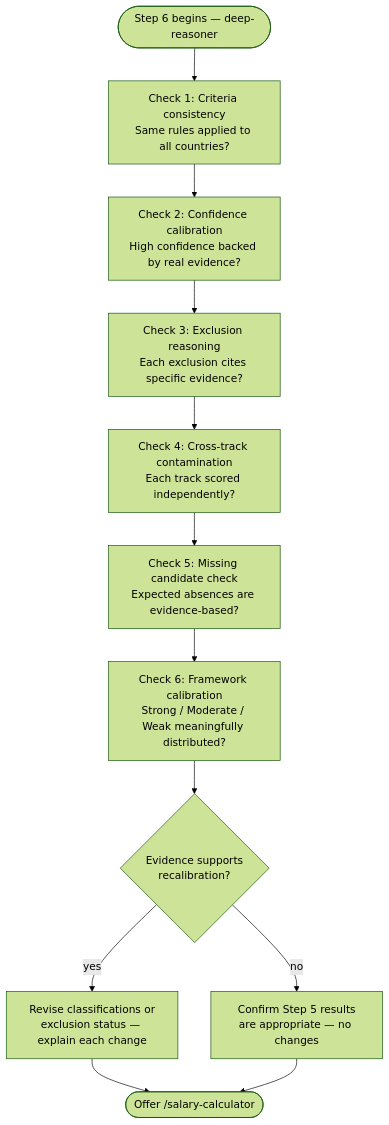
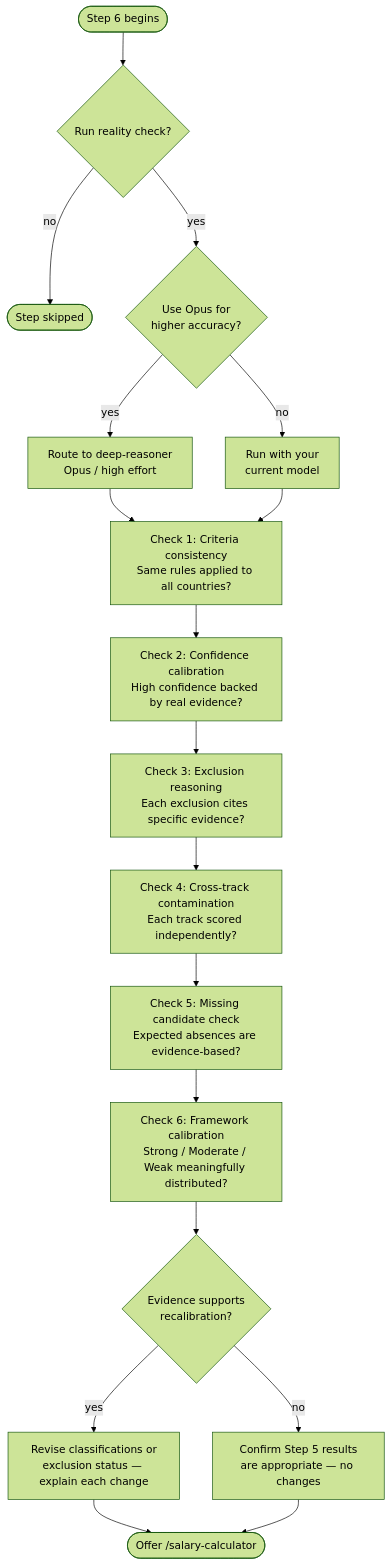
The diagram in docs/commands/country-finder/step6-reality-check.md (myowinthein/agent-compass), drawn with Mermaid (forest theme) before and after one commit. The commit also changed other lines of this file and 7 other files, not shown here.

````diff
--- a/docs/commands/country-finder/step6-reality-check.md
+++ b/docs/commands/country-finder/step6-reality-check.md
@@ -14,14 +14,20 @@
 ```mermaid
 flowchart TD
-  Start([Step 6 begins — deep-reasoner]) --> C1[Check 1: Criteria consistency\nSame rules applied to all countries?]
+  Start([Step 6 begins]) --> RunQ{Run reality check?}
+  RunQ -->|no| Skip([Step skipped])
+  RunQ -->|yes| OpusQ{Use Opus for\nhigher accuracy?}
+  OpusQ -->|yes| DeepReasoner[Route to deep-reasoner\nOpus / high effort]
+  OpusQ -->|no| CurrentModel[Run with your\ncurrent model]
+  DeepReasoner --> C1
+  CurrentModel --> C1[Check 1: Criteria consistency\nSame rules applied to all countries?]
   C1 --> C2[Check 2: Confidence calibration\nHigh confidence backed by real evidence?]
   C2 --> C3[Check 3: Exclusion reasoning\nEach exclusion cites specific evidence?]
   C3 --> C4[Check 4: Cross-track contamination\nEach track scored independently?]
   C4 --> C5[Check 5: Missing candidate check\nExpected absences are evidence-based?]
   C5 --> C6[Check 6: Framework calibration\nStrong / Moderate / Weak meaningfully distributed?]
   C6 --> Recal{Evidence supports\nrecalibration?}
   Recal -->|yes| Revise[Revise classifications or\nexclusion status — explain each change]
   Recal -->|no| Confirm[Confirm Step 5 results\nare appropriate — no changes]
   Revise --> Offer([Offer /salary-calculator])
   Confirm --> Offer
 ```
````
